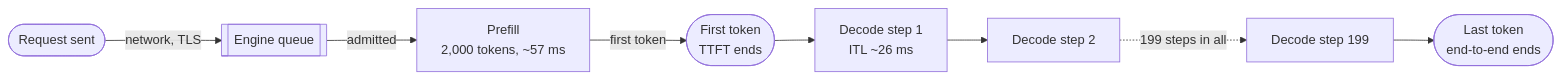
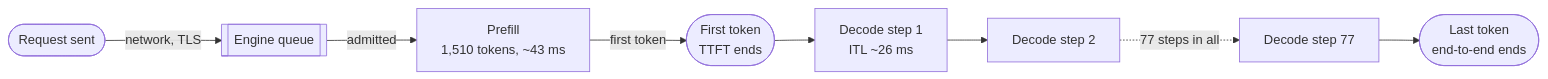
One commit to Sampath1-1-1/System-Design changed the third of 18 diagrams in manuscript/book2-ml-ai/73-llm-inference.md. Above: the diagram before and after it, drawn with Mermaid. The commit also changed other lines of this file and 3 other files, not shown here.

````diff
--- a/manuscript/book2-ml-ai/73-llm-inference.md
+++ b/manuscript/book2-ml-ai/73-llm-inference.md
@@ -201,10 +199,10 @@
 ```mermaid
 flowchart LR
   A([Request sent]) -->|network, TLS| Q[["Engine queue"]]
-  Q -->|admitted| P["Prefill<br/>2,000 tokens, ~57 ms"]
+  Q -->|admitted| P["Prefill<br/>1,510 tokens, ~43 ms"]
   P -->|first token| F(["First token<br/>TTFT ends"])
   F --> D1["Decode step 1<br/>ITL ~26 ms"]
   D1 --> D2["Decode step 2"]
-  D2 -.->|199 steps in all| DN["Decode step 199"]
+  D2 -.->|77 steps in all| DN["Decode step 77"]
   DN --> L(["Last token<br/>end-to-end ends"])
 ```
````
